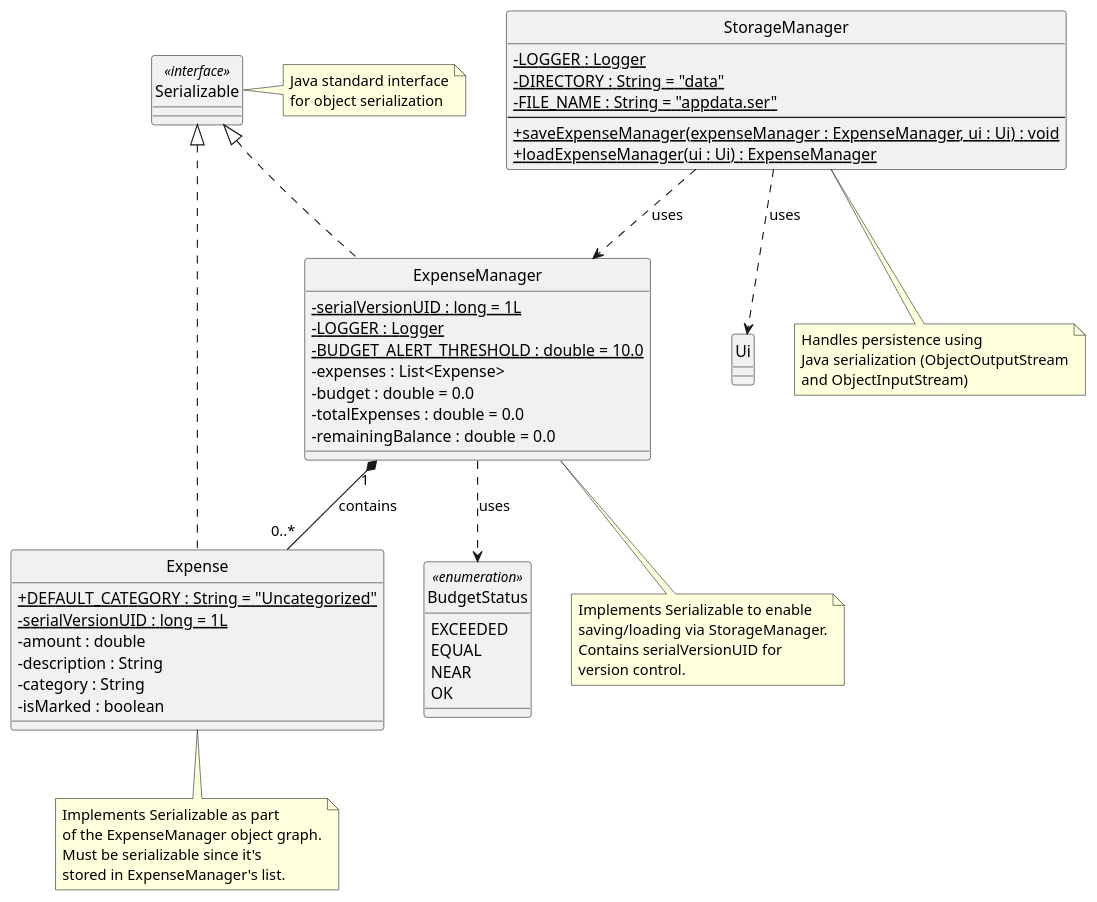
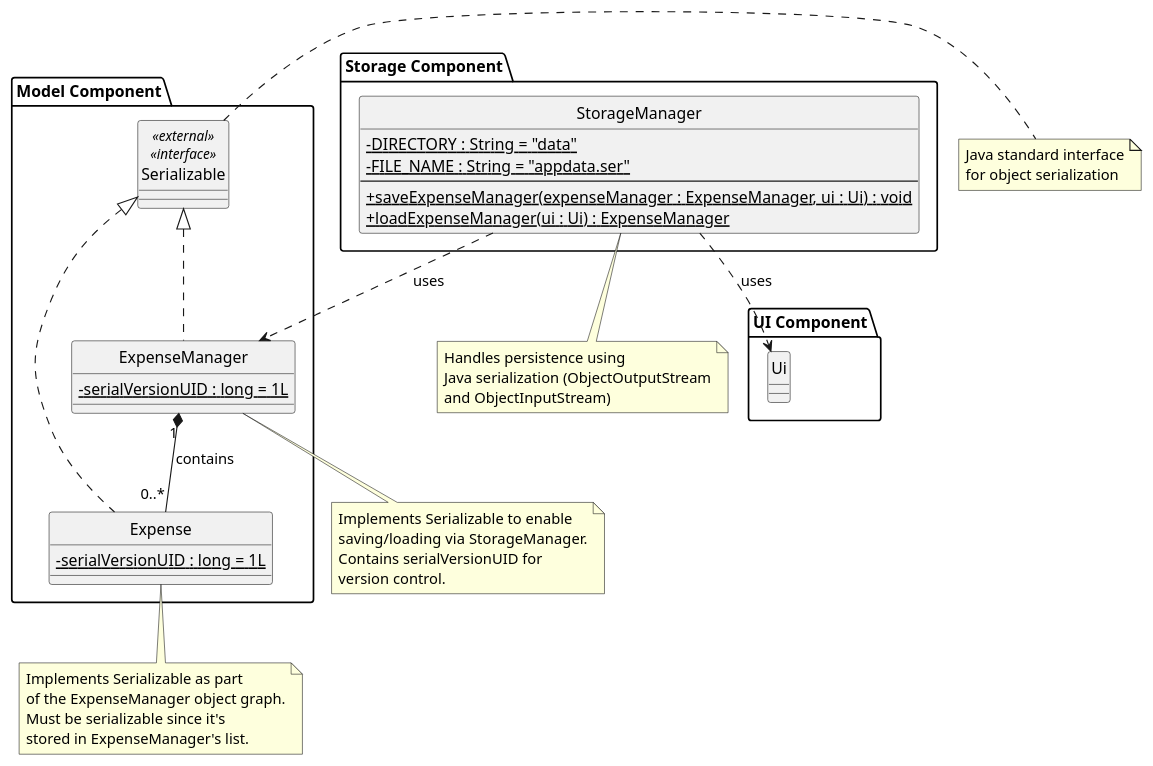
Before and after one commit to aydrienlaw/tp: the diagram in docs/diagrams/storage-component-class.puml, drawn with PlantUML.

Commit message:
docs(developer-guide): refine storage component class diagram

```diff
--- a/docs/diagrams/storage-component-class.puml
+++ b/docs/diagrams/storage-component-class.puml
@@ -1,76 +1,64 @@
 @startuml
 hide circle
 skinparam classAttributeIconSize 0
 
-class Serializable <<interface>> {
+package "Storage Component" as STORAGE_PKG {
+
+    class StorageManager {
+      - {static} DIRECTORY : String = "data"
+      - {static} FILE_NAME : String = "appdata.ser"
+      --
+      + {static} saveExpenseManager(expenseManager : ExpenseManager, ui : Ui) : void
+      + {static} loadExpenseManager(ui : Ui) : ExpenseManager
+    }
 }
 
-class StorageManager {
-  - {static} LOGGER : Logger
-  - {static} DIRECTORY : String = "data"
-  - {static} FILE_NAME : String = "appdata.ser"
-  --
-  + {static} saveExpenseManager(expenseManager : ExpenseManager, ui : Ui) : void
-  + {static} loadExpenseManager(ui : Ui) : ExpenseManager
+
+package "Model Component" as MODEL_PKG {
+    class Serializable <<external>> <<interface>> {
+    }
+
+    class ExpenseManager implements Serializable {
+      - {static} serialVersionUID : long = 1L
+    }
+
+    class Expense implements Serializable {
+      - {static} serialVersionUID : long = 1L
+    }
 }
 
-class ExpenseManager implements Serializable {
-  - {static} serialVersionUID : long = 1L
-  - {static} LOGGER : Logger
-  - {static} BUDGET_ALERT_THRESHOLD : double = 10.0
-  - expenses : List<Expense>
-  - budget : double = 0.0
-  - totalExpenses : double = 0.0
-  - remainingBalance : double = 0.0
-}
-
-class Expense implements Serializable {
-  + {static} DEFAULT_CATEGORY : String = "Uncategorized"
-  - {static} serialVersionUID : long = 1L
-  - amount : double
-  - description : String
-  - category : String
-  - isMarked : boolean
-}
-
-class Ui {
-}
-
-enum BudgetStatus <<enumeration>> {
-  EXCEEDED
-  EQUAL
-  NEAR
-  OK
+package "UI Component" {
+    class Ui {
+    }
 }
 
 StorageManager ..> ExpenseManager : uses
 StorageManager ..> Ui : uses
 ExpenseManager "1" *-- "0..*" Expense : contains
-ExpenseManager ..> BudgetStatus : uses
 
 note right of Serializable
   Java standard interface
   for object serialization
 end note
 
 note bottom of StorageManager
   Handles persistence using
   Java serialization (ObjectOutputStream
   and ObjectInputStream)
 end note
 
 note bottom of ExpenseManager
   Implements Serializable to enable
   saving/loading via StorageManager.
   Contains serialVersionUID for
   version control.
 end note
 
 note bottom of Expense
   Implements Serializable as part
   of the ExpenseManager object graph.
   Must be serializable since it's
   stored in ExpenseManager's list.
 end note
 
 @enduml
```
